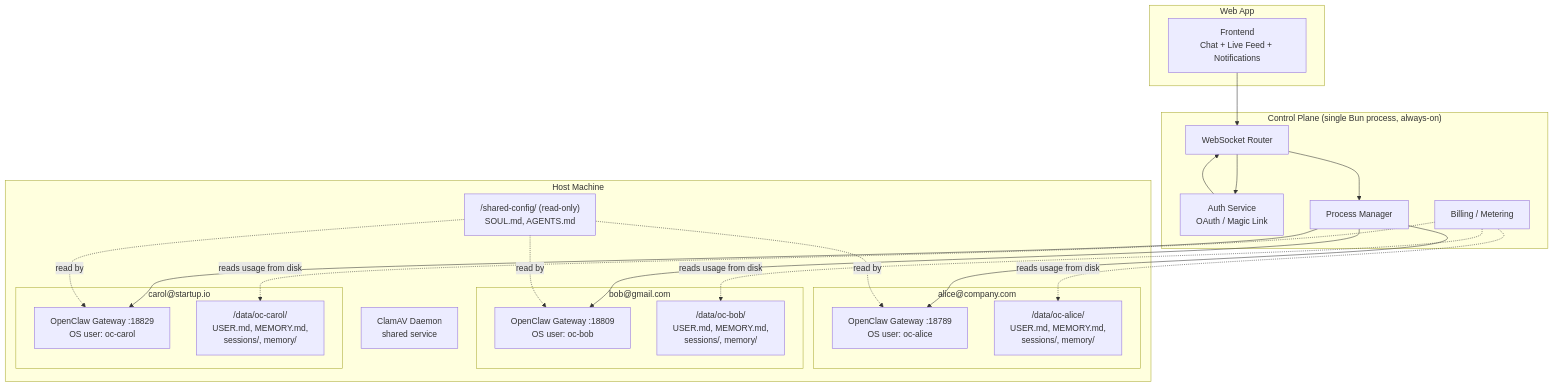
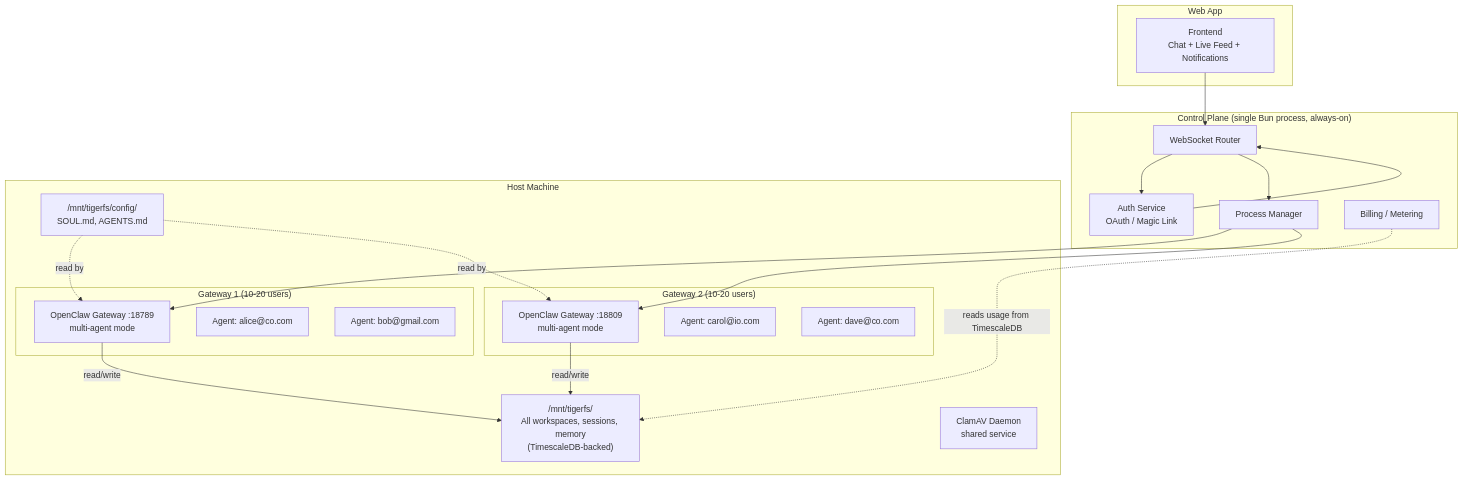
Before and after one commit to 1qh/claw: the first of 5 diagrams in brainstorm/architecture.md, drawn with Mermaid. The commit also changed other lines of this file and 12 other files, not shown here.

Commit message:
Major architecture revision: multi-agent per gateway, fully stateless via TigerFS, 500-1000 gateways for 10K users

````diff
--- a/brainstorm/architecture.md
+++ b/brainstorm/architecture.md
@@ -19,39 +19,39 @@
 ```mermaid
 graph TB
     subgraph "Web App"
         FE[Frontend<br/>Chat + Live Feed + Notifications]
     end
 
     subgraph "Control Plane (single Bun process, always-on)"
         AUTH[Auth Service<br/>OAuth / Magic Link]
         ROUTER[WebSocket Router]
         PM[Process Manager]
         METER[Billing / Metering]
     end
 
     subgraph "Host Machine"
-        subgraph "alice@company.com"
-            GW1["OpenClaw Gateway :18789<br/>OS user: oc-alice"]
-            WS1["/data/oc-alice/<br/>USER.md, MEMORY.md,<br/>sessions/, memory/"]
+        subgraph "Gateway 1 (10-20 users)"
+            GW1["OpenClaw Gateway :18789<br/>multi-agent mode"]
+            A1["Agent: alice@co.com"]
+            A2["Agent: bob@gmail.com"]
         end
-        subgraph "bob@gmail.com"
-            GW2["OpenClaw Gateway :18809<br/>OS user: oc-bob"]
-            WS2["/data/oc-bob/<br/>USER.md, MEMORY.md,<br/>sessions/, memory/"]
-        end
-        subgraph "carol@startup.io"
-            GW3["OpenClaw Gateway :18829<br/>OS user: oc-carol"]
-            WS3["/data/oc-carol/<br/>USER.md, MEMORY.md,<br/>sessions/, memory/"]
+        subgraph "Gateway 2 (10-20 users)"
+            GW2["OpenClaw Gateway :18809<br/>multi-agent mode"]
+            A3["Agent: carol@io.com"]
+            A4["Agent: dave@co.com"]
         end
 
-        SHARED["/shared-config/ (read-only)<br/>SOUL.md, AGENTS.md"]
+        TFS["/mnt/tigerfs/<br/>All workspaces, sessions, memory<br/>(TimescaleDB-backed)"]
+        SHARED["/mnt/tigerfs/config/<br/>SOUL.md, AGENTS.md"]
         CLAM[ClamAV Daemon<br/>shared service]
     end
 
     FE --> ROUTER
     ROUTER --> AUTH
     AUTH --> ROUTER
     ROUTER --> PM
-    PM --> GW1 & GW2 & GW3
-    METER -.->|reads usage from disk| WS1 & WS2 & WS3
-    SHARED -.->|read by| GW1 & GW2 & GW3
+    PM --> GW1 & GW2
+    GW1 & GW2 -->|read/write| TFS
+    METER -.->|reads usage from TimescaleDB| TFS
+    SHARED -.->|read by| GW1 & GW2
 ```
````
